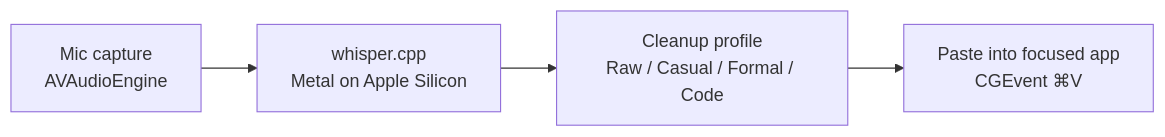
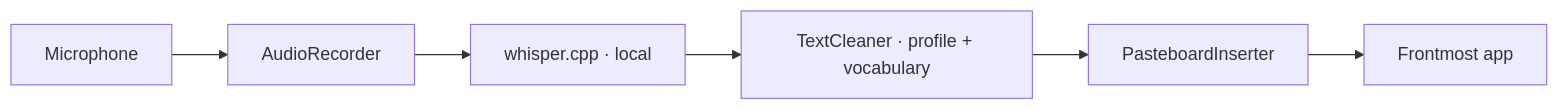
One commit to roshanshah11/murmur changed the diagram in README.md. Above: the diagram before and after it, drawn with Mermaid. The commit also changed other lines of this file, not shown here.

First line of the commit message:
phase-9: README v1.0 polish — badges, mermaid, roadmap, links

````diff
--- a/README.md
+++ b/README.md
@@ -78,6 +87,8 @@
 ```mermaid
 flowchart LR
-    A[Mic capture<br/>AVAudioEngine] --> B[whisper.cpp<br/>Metal on Apple Silicon]
-    B --> C[Cleanup profile<br/>Raw / Casual / Formal / Code]
-    C --> D[Paste into focused app<br/>CGEvent ⌘V]
+  mic[Microphone] --> rec[AudioRecorder]
+  rec --> wcpp[whisper.cpp · local]
+  wcpp --> clean[TextCleaner · profile + vocabulary]
+  clean --> paste[PasteboardInserter]
+  paste --> app[Frontmost app]
 ```
````
